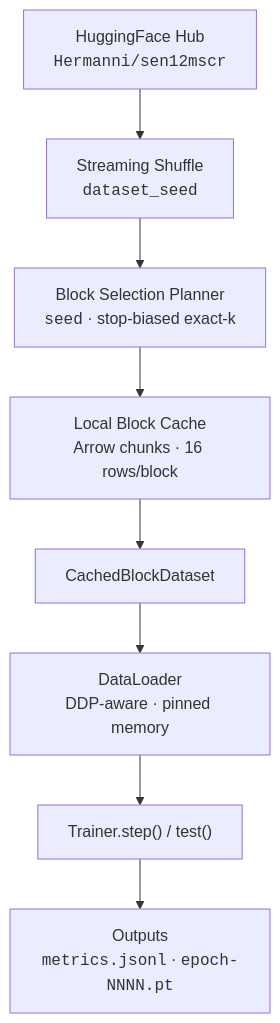
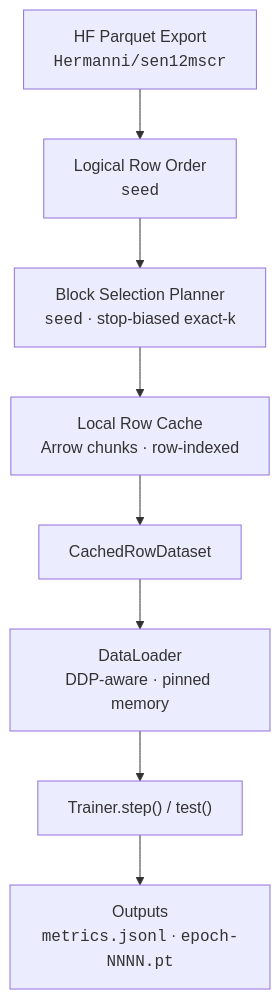
Before and after one commit to smturtle2/cr-train: the diagram in README.md, drawn with Mermaid. The commit also changed other lines of this file and 20 other files, not shown here.

````diff
--- a/README.md
+++ b/README.md
@@ -120,14 +119,14 @@
 ```mermaid
 flowchart TD
-    HF["HuggingFace Hub<br/><code>Hermanni/sen12mscr</code>"]
-    SHUFFLE["Streaming Shuffle<br/><code>dataset_seed</code>"]
+    HF["HF Parquet Export<br/><code>Hermanni/sen12mscr</code>"]
+    ORDER["Logical Row Order<br/><code>seed</code>"]
     PLAN["Block Selection Planner<br/><code>seed</code> · stop-biased exact-k"]
-    CACHE["Local Block Cache<br/>Arrow chunks · 16 rows/block"]
-    DS["CachedBlockDataset"]
+    CACHE["Local Row Cache<br/>Arrow chunks · row-indexed"]
+    DS["CachedRowDataset"]
     DL["DataLoader<br/>DDP-aware · pinned memory"]
     TRAIN["Trainer.step() / test()"]
     OUT["Outputs<br/><code>metrics.jsonl</code> · <code>epoch-NNNN.pt</code>"]
 
-    HF --> SHUFFLE --> PLAN --> CACHE
+    HF --> ORDER --> PLAN --> CACHE
     CACHE --> DS --> DL --> TRAIN --> OUT
 ```
````
